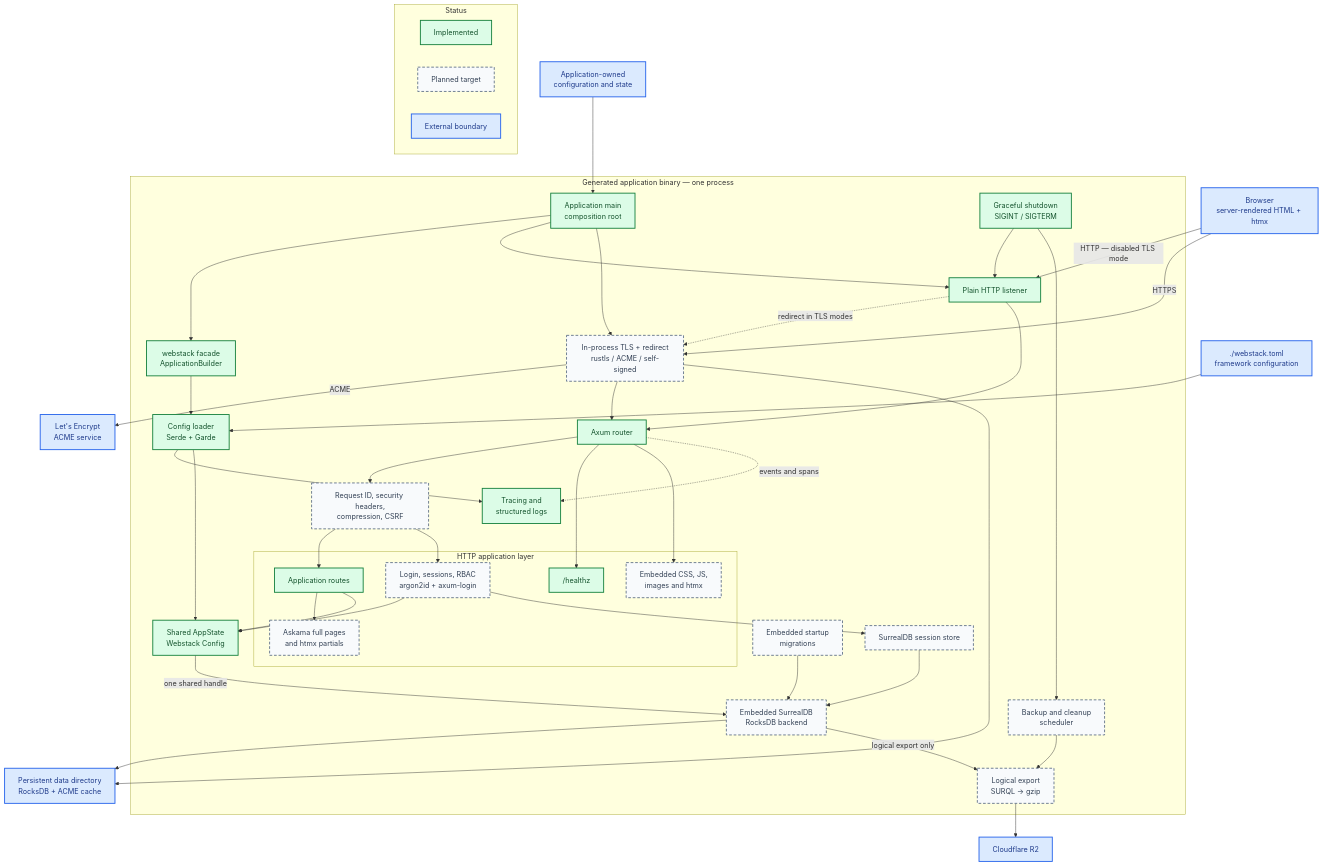
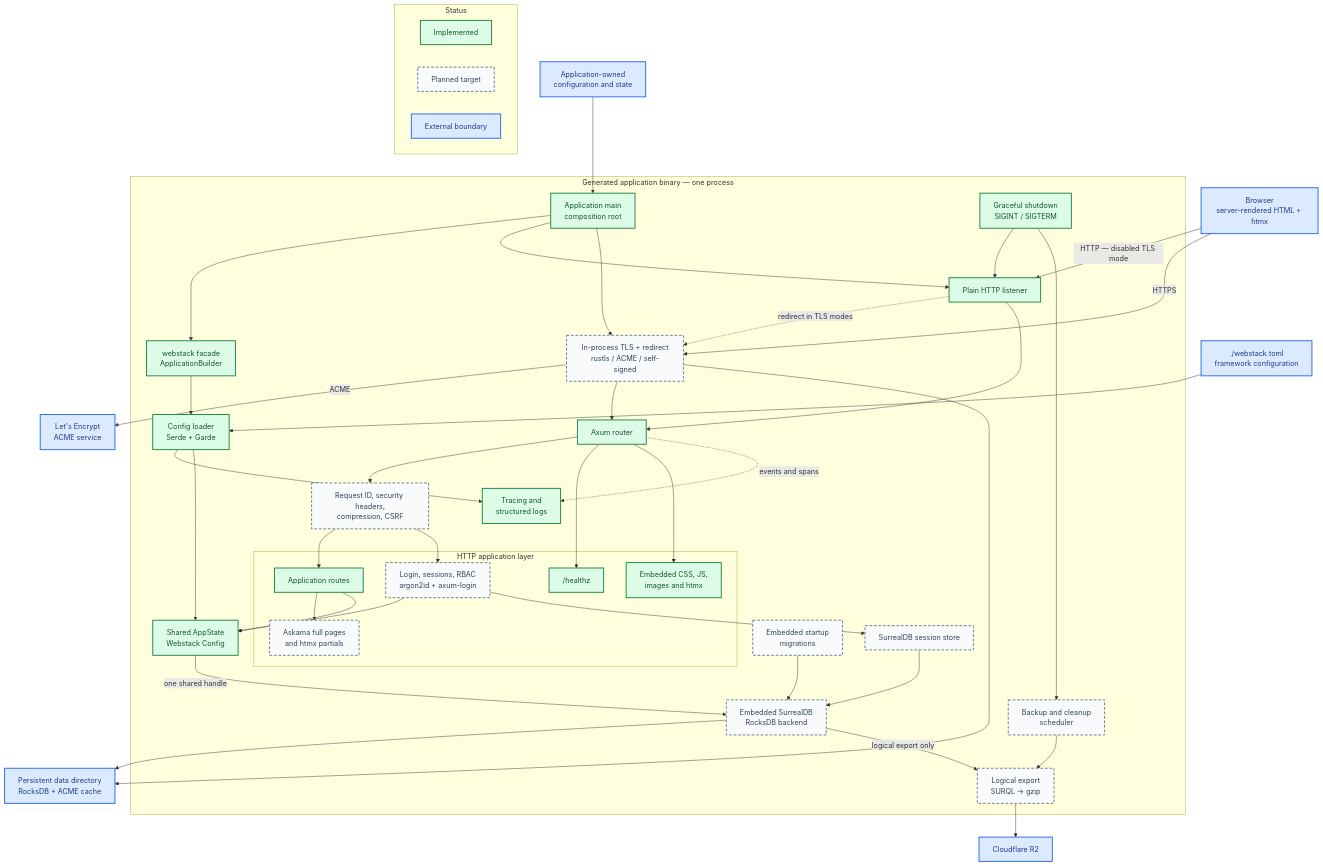
Before and after one commit to bwks/webstack: the diagram in docs/architecture.md, drawn with Mermaid. The commit also changed 18 other files, not shown here.

````diff
--- a/docs/architecture.md
+++ b/docs/architecture.md
@@ -33,78 +33,78 @@
 ```mermaid
 flowchart TB
     subgraph Legend["Status"]
         ImplementedLegend["Implemented"]:::implemented
         PlannedLegend["Planned target"]:::planned
         ExternalLegend["External boundary"]:::external
     end
 
     Browser["Browser<br/>server-rendered HTML + htmx"]:::external
     LetsEncrypt["Let's Encrypt<br/>ACME service"]:::external
     R2["Cloudflare R2"]:::external
     WebstackConfig["./webstack.toml<br/>framework configuration"]:::external
     AppConfig["Application-owned<br/>configuration and state"]:::external
     DataDir["Persistent data directory<br/>RocksDB + ACME cache"]:::external
 
     subgraph Binary["Generated application binary — one process"]
         Main["Application main<br/>composition root"]:::implemented
         Facade["webstack facade<br/>ApplicationBuilder"]:::implemented
         Config["Config loader<br/>Serde + Garde"]:::implemented
         Observability["Tracing and<br/>structured logs"]:::implemented
         Shutdown["Graceful shutdown<br/>SIGINT / SIGTERM"]:::implemented
 
         PlainHttp["Plain HTTP listener"]:::implemented
         Tls["In-process TLS + redirect<br/>rustls / ACME / self-signed"]:::planned
         Router["Axum router"]:::implemented
         Middleware["Request ID, security headers,<br/>compression, CSRF"]:::planned
 
         subgraph Http["HTTP application layer"]
             Health["/healthz"]:::implemented
             AppRoutes["Application routes"]:::implemented
             Auth["Login, sessions, RBAC<br/>argon2id + axum-login"]:::planned
             Views["Askama full pages<br/>and htmx partials"]:::planned
-            Assets["Embedded CSS, JS,<br/>images and htmx"]:::planned
+            Assets["Embedded CSS, JS,<br/>images and htmx"]:::implemented
         end
 
         State["Shared AppState<br/>Webstack Config"]:::implemented
         Database["Embedded SurrealDB<br/>RocksDB backend"]:::planned
         Migrations["Embedded startup<br/>migrations"]:::planned
         Sessions["SurrealDB session store"]:::planned
         Scheduler["Backup and cleanup<br/>scheduler"]:::planned
         Export["Logical export<br/>SURQL → gzip"]:::planned
     end
 
     WebstackConfig --> Config
     AppConfig --> Main
     Main --> Facade --> Config
     Config --> Observability
     Config --> State
     Main --> PlainHttp
     Main --> Tls
     Browser -->|HTTP — disabled TLS mode| PlainHttp
     Browser -->|HTTPS| Tls
     PlainHttp -.->|redirect in TLS modes| Tls
     Tls -->|ACME| LetsEncrypt
     PlainHttp --> Router
     Tls --> Router
     Router --> Middleware
     Router --> Health
     Middleware --> AppRoutes
     Middleware --> Auth
     AppRoutes --> Views
     Router --> Assets
     AppRoutes --> State
     Auth --> State
     Auth --> Sessions --> Database
     State -->|one shared handle| Database --> DataDir
     Migrations --> Database
     Tls --> DataDir
     Scheduler --> Export --> R2
     Database -->|logical export only| Export
     Router -.->|events and spans| Observability
     Shutdown --> PlainHttp
     Shutdown --> Scheduler
 
     classDef implemented fill:#dcfce7,stroke:#15803d,stroke-width:2px,color:#14532d
     classDef planned fill:#f8fafc,stroke:#64748b,stroke-width:2px,stroke-dasharray:6 4,color:#334155
     classDef external fill:#dbeafe,stroke:#2563eb,stroke-width:2px,color:#1e3a8a
 ```
````
